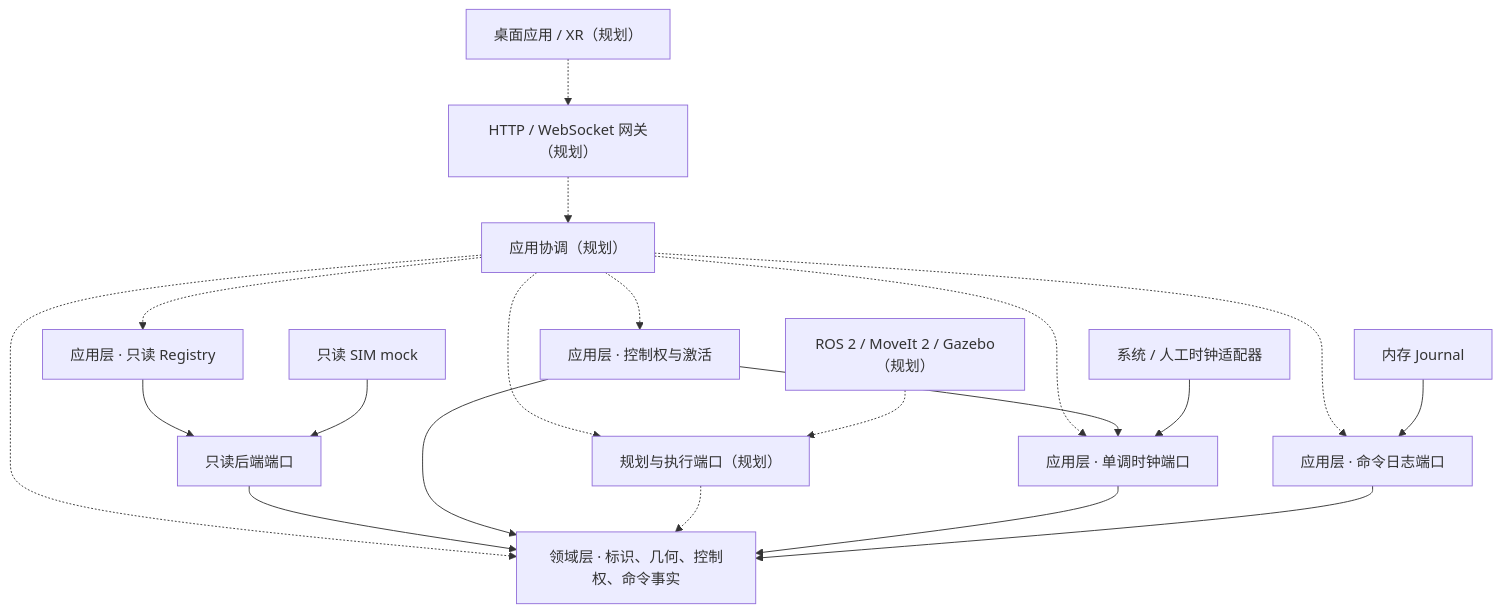
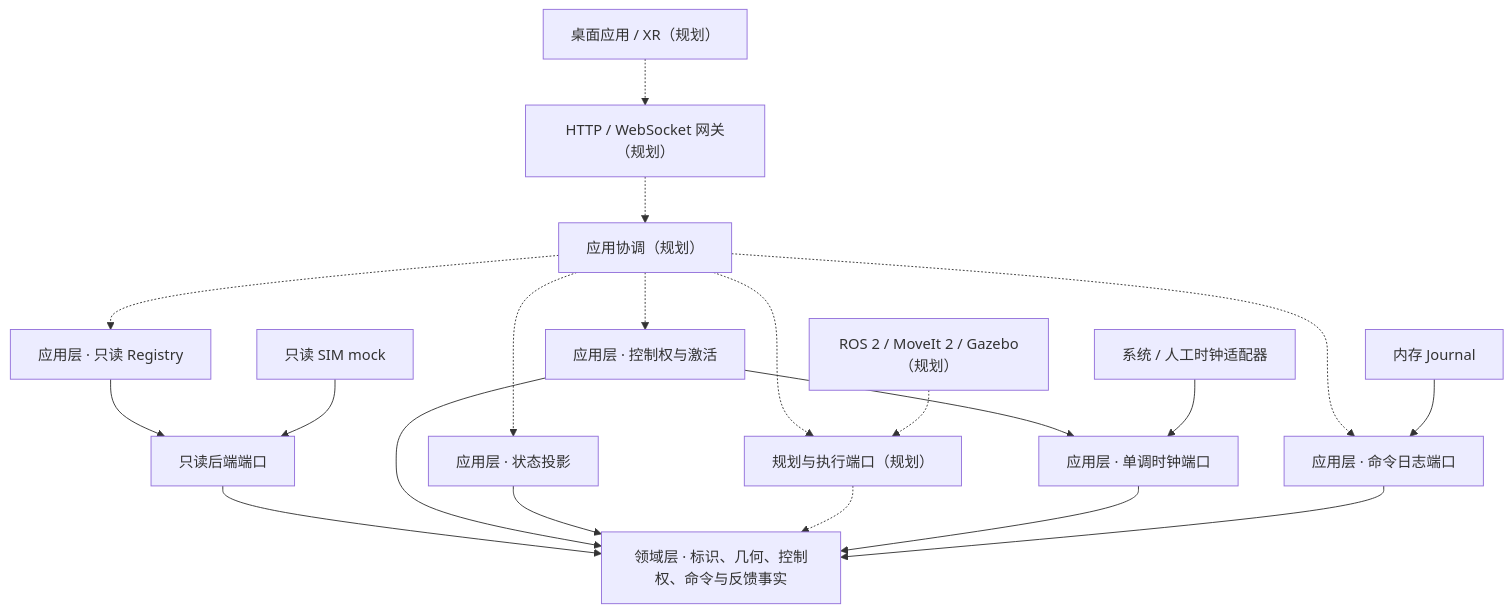
The diagram in README.md (UyNewNas/Bot3D), drawn with Mermaid before and after one commit. The commit also changed other lines of this file and 21 other files, not shown here.

````diff
--- a/README.md
+++ b/README.md
@@ -21,22 +21,22 @@
 ```mermaid
 flowchart TB
     Client["桌面应用 / XR（规划）"] -.-> Gateway["HTTP / WebSocket 网关（规划）"]
     Gateway -.-> Coordinator["应用协调（规划）"]
-    Coordinator -.-> Domain["领域层 · 标识、几何、控制权、命令事实"]
     Coordinator -.-> RobotPorts["规划与执行端口（规划）"]
     Coordinator -.-> Registry["应用层 · 只读 Registry"]
     Coordinator -.-> Authority["应用层 · 控制权与激活"]
-    Coordinator -.-> ClockPort["应用层 · 单调时钟端口"]
+    Coordinator -.-> Projection["应用层 · 状态投影"]
     Coordinator -.-> JournalPort["应用层 · 命令日志端口"]
     Registry --> ReadPort["只读后端端口"]
     ReadMock["只读 SIM mock"] --> ReadPort
-    ReadPort --> Domain
+    ReadPort --> Domain["领域层 · 标识、几何、控制权、命令与反馈事实"]
     Authority --> Domain
-    Authority --> ClockPort
+    Authority --> ClockPort["应用层 · 单调时钟端口"]
+    Projection --> Domain
     RobotAdapters["ROS 2 / MoveIt 2 / Gazebo（规划）"] -.-> RobotPorts
     RobotPorts -.-> Domain
     ClockAdapters["系统 / 人工时钟适配器"] --> ClockPort
     ClockPort --> Domain
     MemoryJournal["内存 Journal"] --> JournalPort
     JournalPort --> Domain
 ```
````
